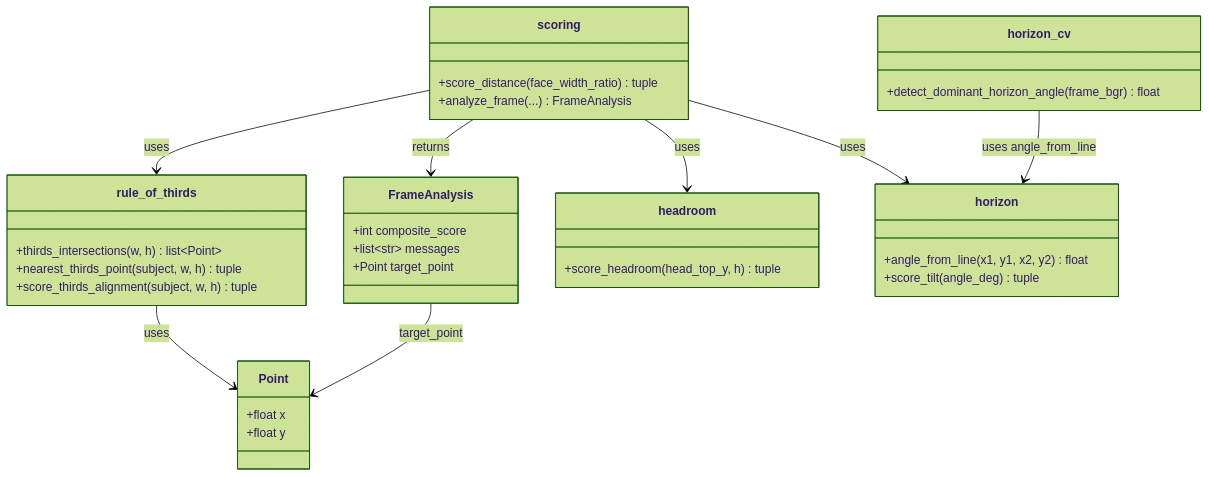
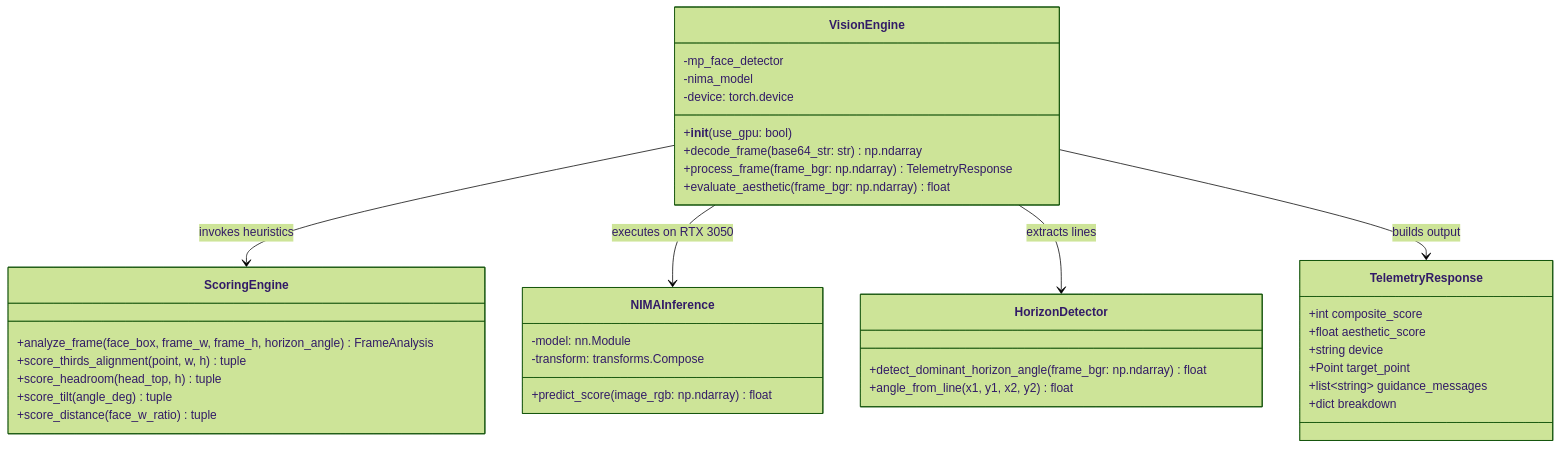
One commit to DevkumarTarkar/FrameSense-AI-Real-Time-Pre-Capture-Composition-Repositioning-Engine changed the fifth of 6 diagrams in FrameSense-AI-Design-Docs.md. Above: the diagram before and after it, drawn with Mermaid (forest theme). The commit also changed other lines of this file and 3 other files, not shown here.

Commit message:
docs: upgrade to v2.0 Dual-Brain Architecture specifications, design docs, tech stack and README

````diff
--- a/FrameSense-AI-Design-Docs.md
+++ b/FrameSense-AI-Design-Docs.md
@@ -216,45 +295,45 @@
 ```mermaid
 classDiagram
-    class Point {
-        +float x
-        +float y
+    class VisionEngine {
+        -mp_face_detector
+        -nima_model
+        -device: torch.device
+        +__init__(use_gpu: bool)
+        +decode_frame(base64_str: str) np.ndarray
+        +process_frame(frame_bgr: np.ndarray) TelemetryResponse
+        +evaluate_aesthetic(frame_bgr: np.ndarray) float
     }
 
-    class FrameAnalysis {
-        +int composite_score
-        +list~str~ messages
-        +Point target_point
+    class ScoringEngine {
+        +analyze_frame(face_box, frame_w, frame_h, horizon_angle) FrameAnalysis
+        +score_thirds_alignment(point, w, h) tuple
+        +score_headroom(head_top, h) tuple
+        +score_tilt(angle_deg) tuple
+        +score_distance(face_w_ratio) tuple
     }
 
-    class rule_of_thirds {
-        +thirds_intersections(w, h) list~Point~
-        +nearest_thirds_point(subject, w, h) tuple
-        +score_thirds_alignment(subject, w, h) tuple
+    class NIMAInference {
+        -model: nn.Module
+        -transform: transforms.Compose
+        +predict_score(image_rgb: np.ndarray) float
     }
 
-    class headroom {
-        +score_headroom(head_top_y, h) tuple
+    class HorizonDetector {
+        +detect_dominant_horizon_angle(frame_bgr: np.ndarray) float
+        +angle_from_line(x1, y1, x2, y2) float
     }
 
-    class horizon {
-        +angle_from_line(x1, y1, x2, y2) float
-        +score_tilt(angle_deg) tuple
+    class TelemetryResponse {
+        +int composite_score
+        +float aesthetic_score
+        +string device
+        +Point target_point
+        +list~string~ guidance_messages
+        +dict breakdown
     }
 
-    class horizon_cv {
-        +detect_dominant_horizon_angle(frame_bgr) float
-    }
-
-    class scoring {
-        +score_distance(face_width_ratio) tuple
-        +analyze_frame(...) FrameAnalysis
-    }
-
-    scoring --> rule_of_thirds : uses
-    scoring --> headroom : uses
-    scoring --> horizon : uses
-    scoring --> FrameAnalysis : returns
-    horizon_cv --> horizon : uses angle_from_line
-    rule_of_thirds --> Point : uses
-    FrameAnalysis --> Point : target_point
+    VisionEngine --> ScoringEngine : invokes heuristics
+    VisionEngine --> NIMAInference : executes on RTX 3050
+    VisionEngine --> HorizonDetector : extracts lines
+    VisionEngine --> TelemetryResponse : builds output
 ```
````
